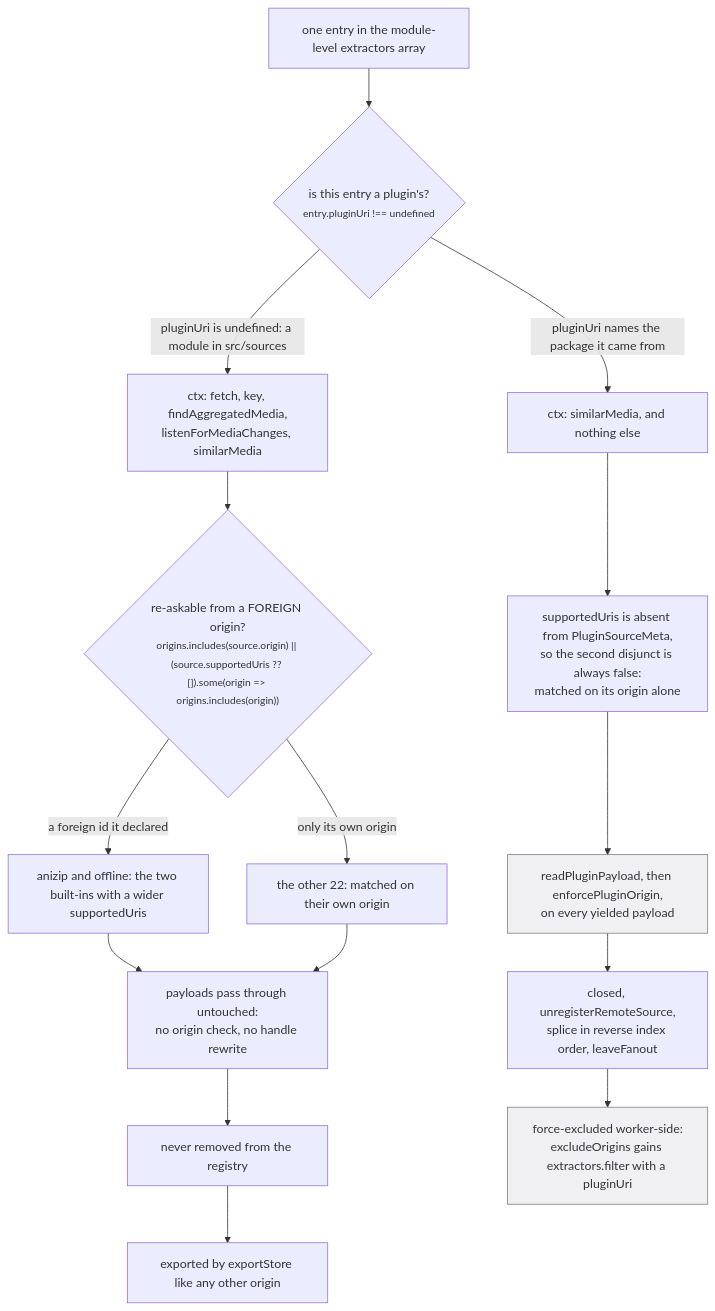
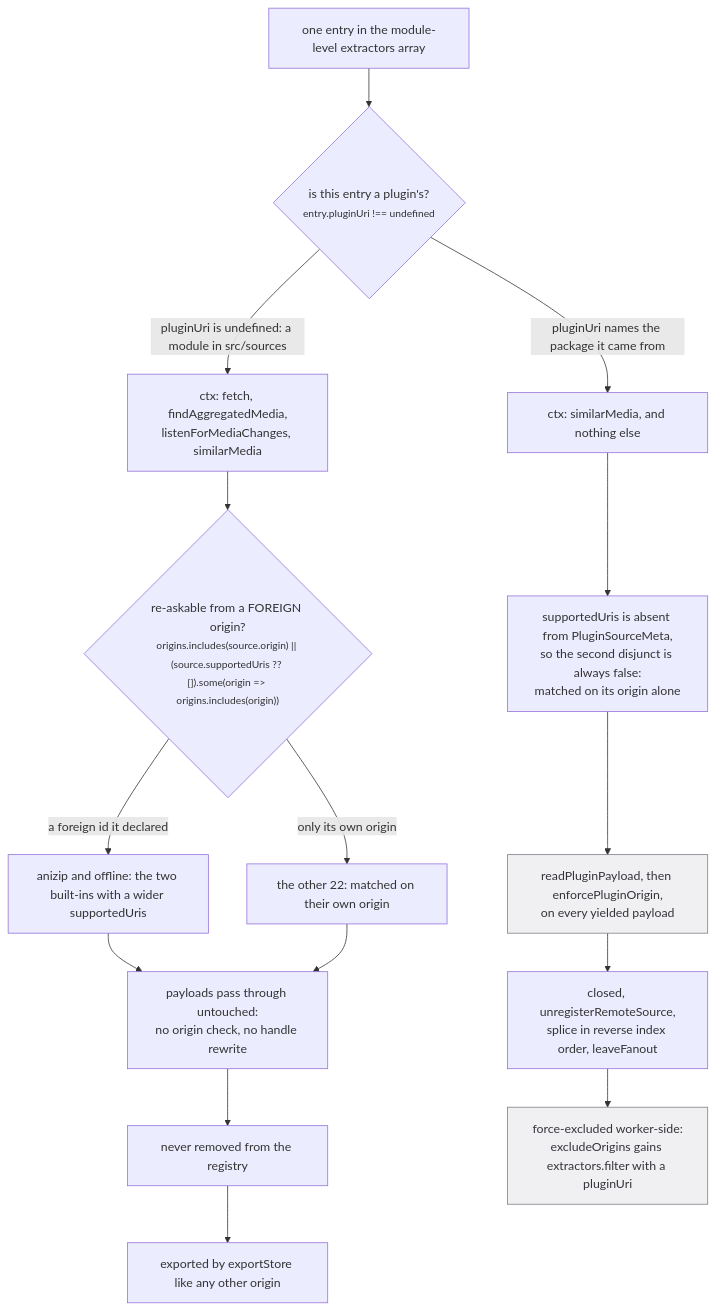
One commit to banou26/stub changed the fourth of 4 diagrams in docs/src/content/docs/request/plugins.md. Above: the diagram before and after it, drawn with Mermaid. The commit also changed 2 other files, not shown here.

Commit message:
docs: 📝ctx diagrams name no key; Crunchyroll log lines at their lines

````diff
--- a/docs/src/content/docs/request/plugins.md
+++ b/docs/src/content/docs/request/plugins.md
@@ -400,40 +400,40 @@
 ```mermaid
 flowchart TD
   E["one entry in the module-level extractors array"]
   D{"is this entry a plugin's?<br/><small>entry.pluginUri !== undefined</small>"}
 
-  CTXB["ctx: fetch, key, findAggregatedMedia,<br/>listenForMediaChanges, similarMedia"]
+  CTXB["ctx: fetch, findAggregatedMedia,<br/>listenForMediaChanges, similarMedia"]
   ASKB{"re-askable from a FOREIGN origin?<br/><small>origins.includes(source.origin) || (source.supportedUris ?? []).some(origin =&gt; origins.includes(origin))</small>"}
   YESB["anizip and offline: the two built-ins with a wider supportedUris"]
   NOB["the other 22: matched on their own origin"]
   ENFB["payloads pass through untouched:<br/>no origin check, no handle rewrite"]
   TEARB["never removed from the registry"]
   EXPB["exported by exportStore like any other origin"]
 
   CTXP["ctx: similarMedia, and nothing else"]
   ASKP["supportedUris is absent from PluginSourceMeta,<br/>so the second disjunct is always false:<br/>matched on its origin alone"]
   ENFP["readPluginPayload, then enforcePluginOrigin,<br/>on every yielded payload"]
   TEARP["closed, unregisterRemoteSource,<br/>splice in reverse index order, leaveFanout"]
   EXPP["force-excluded worker-side:<br/>excludeOrigins gains extractors.filter with a pluginUri"]
 
   E --> D
   D -->|"pluginUri is undefined: a module in src/sources"| CTXB
   D -->|"pluginUri names the package it came from"| CTXP
   CTXB --> ASKB
   ASKB -->|"a foreign id it declared"| YESB
   ASKB -->|"only its own origin"| NOB
   YESB --> ENFB
   NOB --> ENFB
   ENFB --> TEARB
   TEARB --> EXPB
   CTXP --> ASKP
   ASKP --> ENFP
   ENFP --> TEARP
   TEARP --> EXPP
 
   classDef irrev fill:#fbeae7,stroke:#b03f33,color:#3a1512
   classDef ratchet fill:#faf1e0,stroke:#8f5a0e,color:#3a2a08
   classDef view fill:#e9eef7,stroke:#4572b5,color:#16283f
   classDef refuse fill:#f0f0f2,stroke:#7b7d85,color:#33343a
   class EXPP,ENFP refuse
 ```
````
